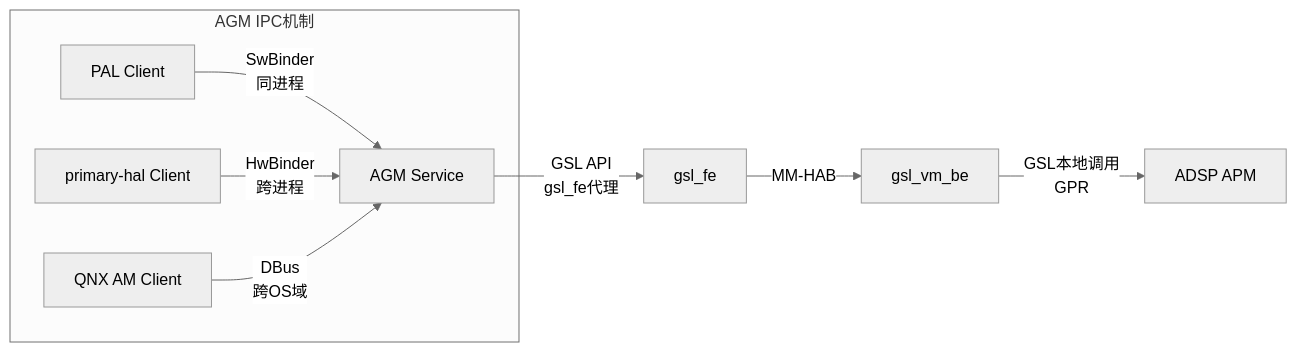
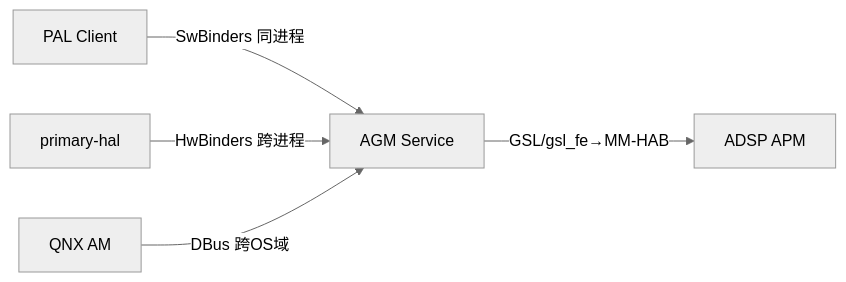
Before and after one commit to yanglinzhen1022/SA8295_AAOS_QNX_Audio_KnowledgeBase: the fourth of 4 diagrams in 16_Vendor_QNX_Architecture/16_16.10_AGMAudio_Graph_Manager深度解.md, drawn with Mermaid (neutral theme). The commit also changed other lines of this file and 48 other files, not shown here.

````diff
--- a/16_Vendor_QNX_Architecture/16_16.10_AGMAudio_Graph_Manager深度解.md
+++ b/16_Vendor_QNX_Architecture/16_16.10_AGMAudio_Graph_Manager深度解.md
@@ -430,12 +372,7 @@
 ```mermaid
 graph LR
-    subgraph IPC_Mechanisms["AGM IPC机制"]
-        PAL_CLIENT[PAL Client] -->|SwBinder<br/>同进程| AGM_SERVICE[AGM Service]
-        HAL_CLIENT[primary-hal Client] -->|HwBinder<br/>跨进程| AGM_SERVICE
-        QNX_CLIENT[QNX AM Client] -->|DBus<br/>跨OS域| AGM_SERVICE
-    end
-
-    AGM_SERVICE -->|GSL API<br/>gsl_fe代理| GSL_FE[gsl_fe]
-    GSL_FE -->|MM-HAB| GSL_VM_BE[gsl_vm_be]
-    GSL_VM_BE -->|GSL本地调用<br/>GPR| ADSP_APM[ADSP APM]
+    PAL_CLIENT[PAL Client] -->|SwBinders 同进程| AGM_SERVICE[AGM Service]
+    HAL_CLIENT[primary-hal] -->|HwBinders 跨进程| AGM_SERVICE
+    QNX_CLIENT[QNX AM] -->|DBus 跨OS域| AGM_SERVICE
+    AGM_SERVICE -->|GSL/gsl_fe→MM-HAB| ADSP_APM[ADSP APM]
 ```
````
